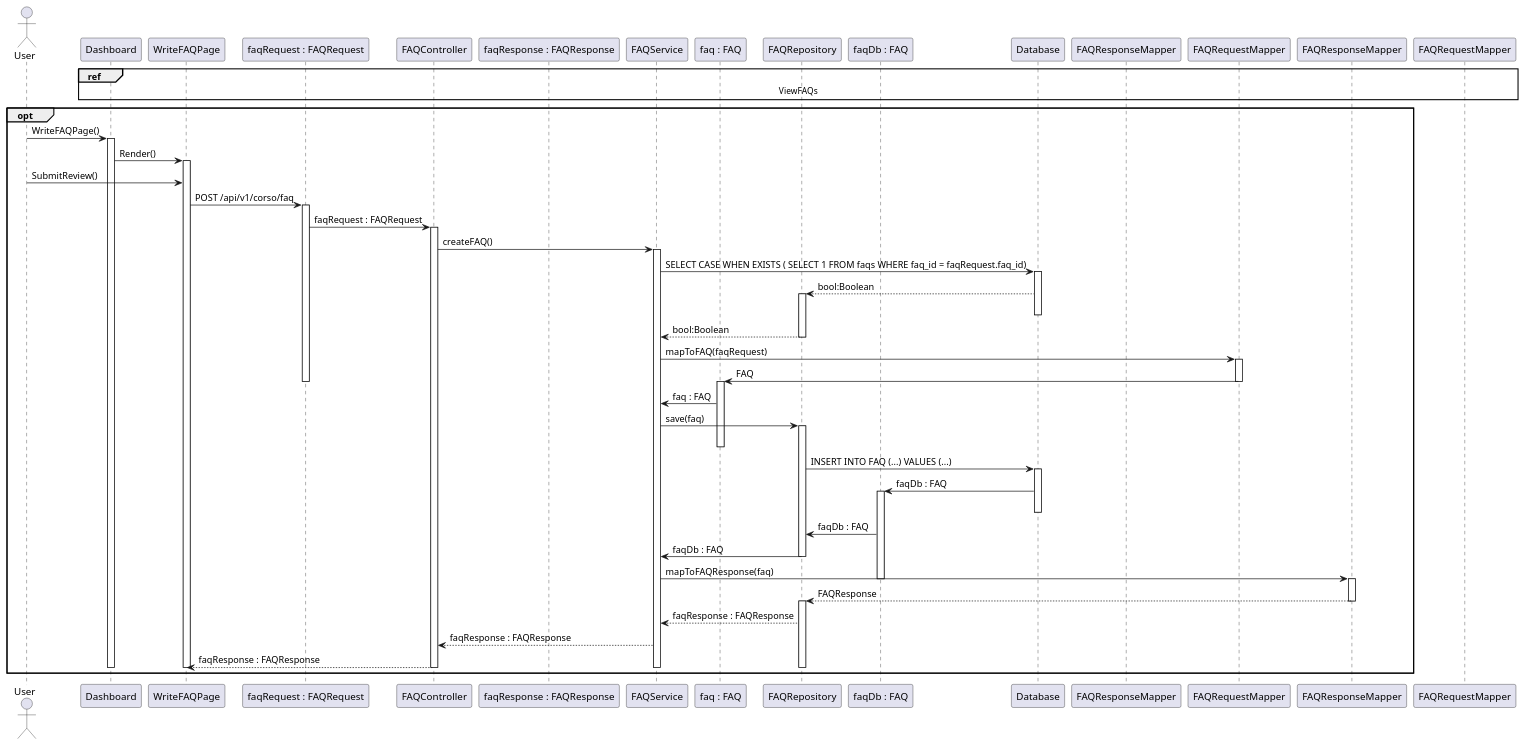
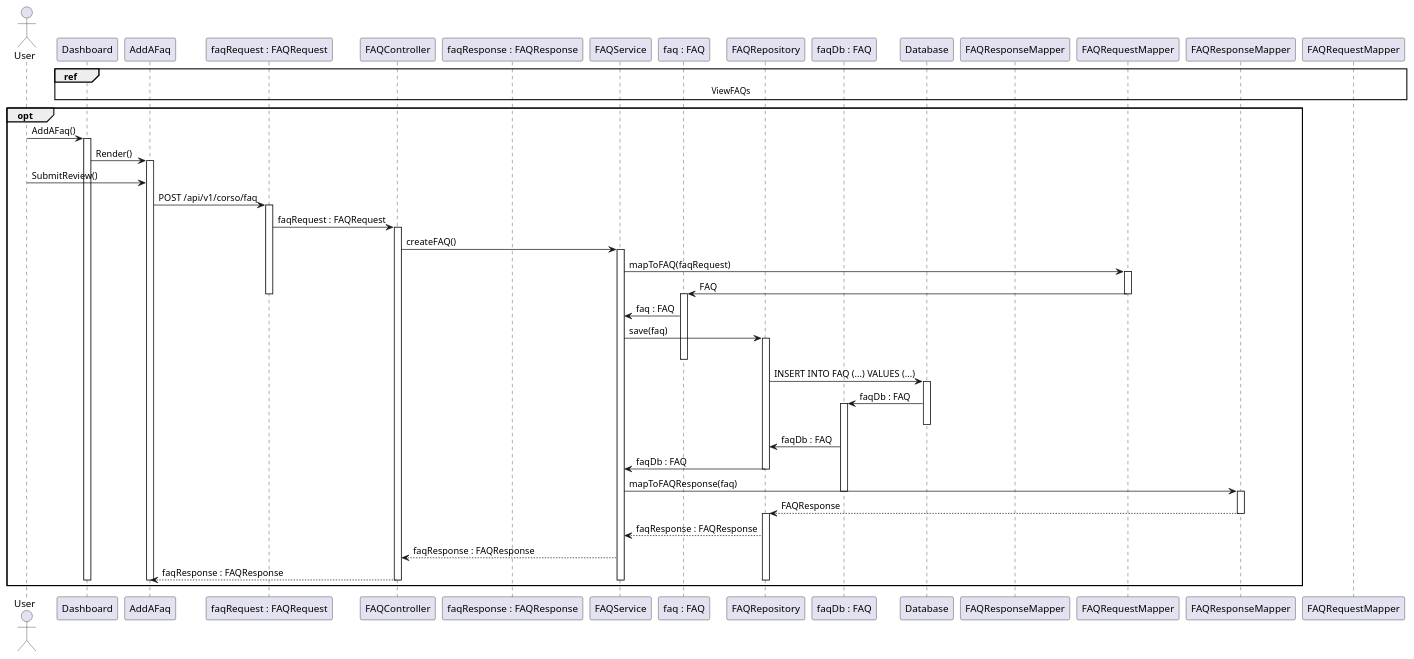
Before and after one commit to DylanBrass/Corso-Website: the diagram in Diagrams/LLSD/FAQs/CreateFaq.puml, drawn with PlantUML. The commit also changed 22 other files, not shown here.

```diff
--- a/Diagrams/LLSD/FAQs/CreateFaq.puml
+++ b/Diagrams/LLSD/FAQs/CreateFaq.puml
@@ -1,93 +1,84 @@
 @startuml
 
 actor User
 
 participant "Dashboard" as Dashboard
-participant "WriteFAQPage" as WriteFAQPage
+participant "AddAFaq" as WriteFAQPage
 participant "faqRequest : FAQRequest" as FAQRquest
 participant "FAQController" as FAQController
 participant "faqResponse : FAQResponse" as FAQRsponse
 participant "FAQService" as FAQService
 participant "faq : FAQ" as Fq
 participant "FAQRepository" as FAQRpository
 participant "faqDb : FAQ" as Fdb
 participant "Database" as Db
 participant "FAQResponseMapper" as FAQRsponseMapper
 participant "FAQRequestMapper" as FAQRquestMapper
 
 
 
 ref over Dashboard, WriteFAQPage, FAQRquest, FAQController, FAQRsponse, FAQService, Fq, FAQRpository, Fdb, Db, FAQResponseMapper, FAQRequestMapper
     ViewFAQs
 end ref
 
 opt
-User -> Dashboard: WriteFAQPage()
+User -> Dashboard: AddAFaq()
 activate Dashboard
 
 Dashboard -> WriteFAQPage: Render()
 activate WriteFAQPage
 
 User -> WriteFAQPage: SubmitReview()
 
 WriteFAQPage -> FAQRquest: POST /api/v1/corso/faq
 activate FAQRquest
 
 FAQRquest -> FAQController: faqRequest : FAQRequest
 activate FAQController
 
 FAQController -> FAQService: createFAQ()
 activate FAQService
-
-FAQService -> Db : SELECT CASE WHEN EXISTS ( SELECT 1 FROM faqs WHERE faq_id = faqRequest.faq_id)
-activate Db
-Db --> FAQRpository: bool:Boolean
-activate FAQRpository
-deactivate Db
-
-FAQRpository --> FAQService: bool:Boolean
-deactivate FAQRpository
 
 FAQService -> FAQRquestMapper: mapToFAQ(faqRequest)
 activate FAQRquestMapper
 
 FAQRquestMapper -> Fq: FAQ
 deactivate FAQRquest
 deactivate FAQRquestMapper
 activate Fq
 
 Fq -> FAQService : faq : FAQ
 FAQService -> FAQRpository: save(faq)
 activate FAQRpository
 deactivate Fq
 
 FAQRpository -> Db: INSERT INTO FAQ (...) VALUES (...)
 activate Db
 
 Db -> Fdb: faqDb : FAQ
 activate Fdb
 
 deactivate Db
 
 Fdb -> FAQRpository: faqDb : FAQ
 FAQRpository -> FAQService: faqDb : FAQ
 deactivate FAQRpository
 FAQService -> FAQResponseMapper: mapToFAQResponse(faq)
 deactivate Fdb
 activate FAQResponseMapper
 
 FAQResponseMapper --> FAQRpository: FAQResponse
 deactivate FAQResponseMapper
 activate FAQRpository
 
 FAQRpository --> FAQService : faqResponse : FAQResponse
 FAQService --> FAQController: faqResponse : FAQResponse
 FAQController --> WriteFAQPage: faqResponse : FAQResponse
 deactivate FAQRpository
 
 deactivate FAQService
 deactivate FAQController
 deactivate WriteFAQPage
 deactivate Dashboard
 end
 @enduml
```
